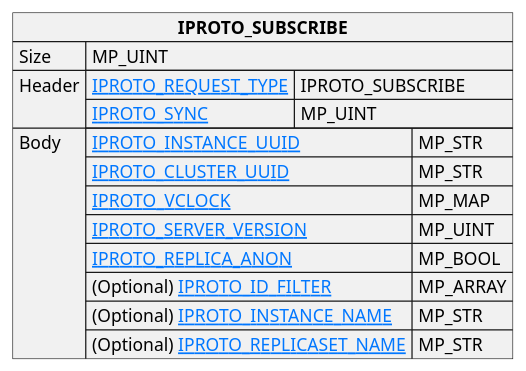
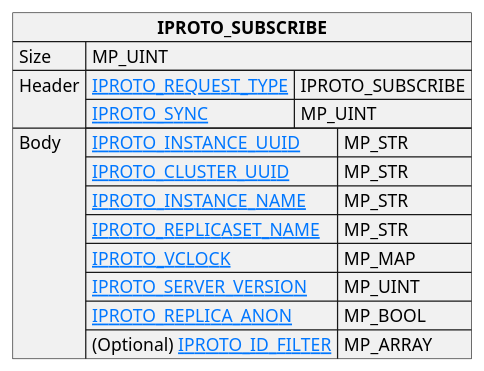
One commit to tarantool/doc changed the diagram in doc/reference/internals/iproto/images/repl_subscribe_request.puml. Above: the diagram before and after it, drawn with PlantUML. The commit also changed 5 other files, not shown here.

Commit message:
Remove optional marker from INSTANCE_NAME and REPLICASET_NAME keys

```diff
--- a/doc/reference/internals/iproto/images/repl_subscribe_request.puml
+++ b/doc/reference/internals/iproto/images/repl_subscribe_request.puml
@@ -1,28 +1,28 @@
 @startuml
 
 skinparam {
     HyperlinkColor #0077FF
     FontColor #313131
     BorderColor #313131
     BackgroundColor transparent
 }
 
 json "**IPROTO_SUBSCRIBE**" as subscribe_request {
     "Size": "MP_UINT",
     "Header": {
       "[[https://tarantool.io/en/doc/latest/reference/internals/iproto/keys IPROTO_REQUEST_TYPE]]": "IPROTO_SUBSCRIBE",
       "[[https://tarantool.io/en/doc/latest/reference/internals/iproto/keys IPROTO_SYNC]]": "MP_UINT"
     },
     "Body": {
       "[[https://tarantool.io/en/doc/latest/reference/internals/iproto/keys IPROTO_INSTANCE_UUID]]": "MP_STR",
       "[[https://tarantool.io/en/doc/latest/reference/internals/iproto/keys IPROTO_CLUSTER_UUID]]": "MP_STR",
+      "[[https://tarantool.io/en/doc/latest/reference/internals/iproto/keys IPROTO_INSTANCE_NAME]]": "MP_STR",
+      "[[https://tarantool.io/en/doc/latest/reference/internals/iproto/keys IPROTO_REPLICASET_NAME]]": "MP_STR",
       "[[https://tarantool.io/en/doc/latest/reference/internals/iproto/keys IPROTO_VCLOCK]]": "MP_MAP",
       "[[https://tarantool.io/en/doc/latest/reference/internals/iproto/keys IPROTO_SERVER_VERSION]]": "MP_UINT",
       "[[https://tarantool.io/en/doc/latest/reference/internals/iproto/keys IPROTO_REPLICA_ANON]]": "MP_BOOL",
-      "(Optional) [[https://tarantool.io/en/doc/latest/reference/internals/iproto/keys IPROTO_ID_FILTER]]": "MP_ARRAY",
-      "(Optional) [[https://tarantool.io/en/doc/latest/reference/internals/iproto/keys IPROTO_INSTANCE_NAME]]": "MP_STR",
-      "(Optional) [[https://tarantool.io/en/doc/latest/reference/internals/iproto/keys IPROTO_REPLICASET_NAME]]": "MP_STR"
+      "(Optional) [[https://tarantool.io/en/doc/latest/reference/internals/iproto/keys IPROTO_ID_FILTER]]": "MP_ARRAY"
     }
 }
 
 @enduml
```
